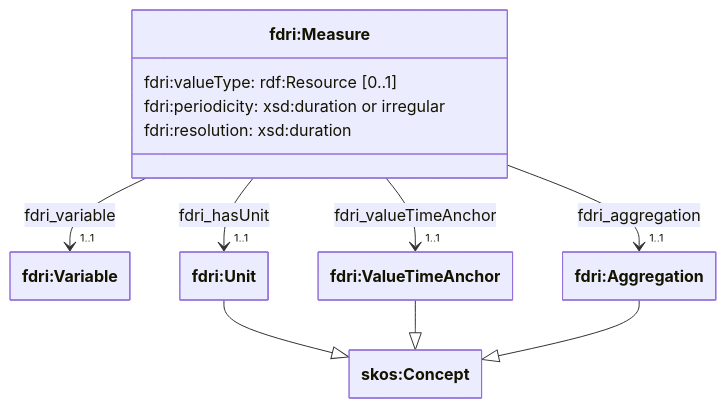
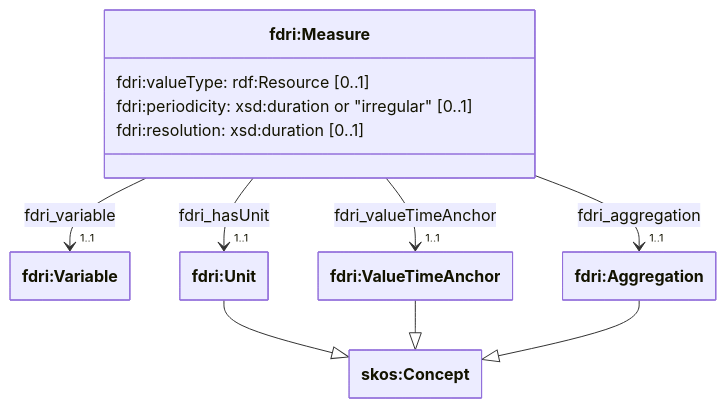
Before and after one commit to NERC-CEH/fdri-ontology: the fourth of 4 diagrams in doc/variables.md, drawn with Mermaid. The commit also changed other lines of this file and 3 other files, not shown here.

Commit message:
Make periodicity and resolution optioanl again

````diff
--- a/doc/variables.md
+++ b/doc/variables.md
@@ -110,25 +110,25 @@
 ```mermaid
 ---
 config:
     class:
         hideEmptyMembersBox: true
 ---
 classDiagram
 class Measure["fdri:Measure"] {
   fdri:valueType: rdf:Resource [0..1]
-  fdri:periodicity: xsd:duration or irregular
-  fdri:resolution: xsd:duration
+  fdri:periodicity: xsd:duration or "irregular" [0..1]
+  fdri:resolution: xsd:duration [0..1]
 }
 class Variable["fdri:Variable"]
 class Aggregation["fdri:Aggregation"]
 class Unit["fdri:Unit"]
 class ValueTimeAnchor["fdri:ValueTimeAnchor"]
 class Concept["skos:Concept"]
 Measure --> "1..1" Variable: fdri_variable
 Measure --> "1..1" Unit: fdri_hasUnit
 Measure --> "1..1" Aggregation: fdri_aggregation
 Measure --> "1..1" ValueTimeAnchor: fdri_valueTimeAnchor
 Unit --|> Concept
 ValueTimeAnchor --|> Concept
 Aggregation --|> Concept
 ```
````
